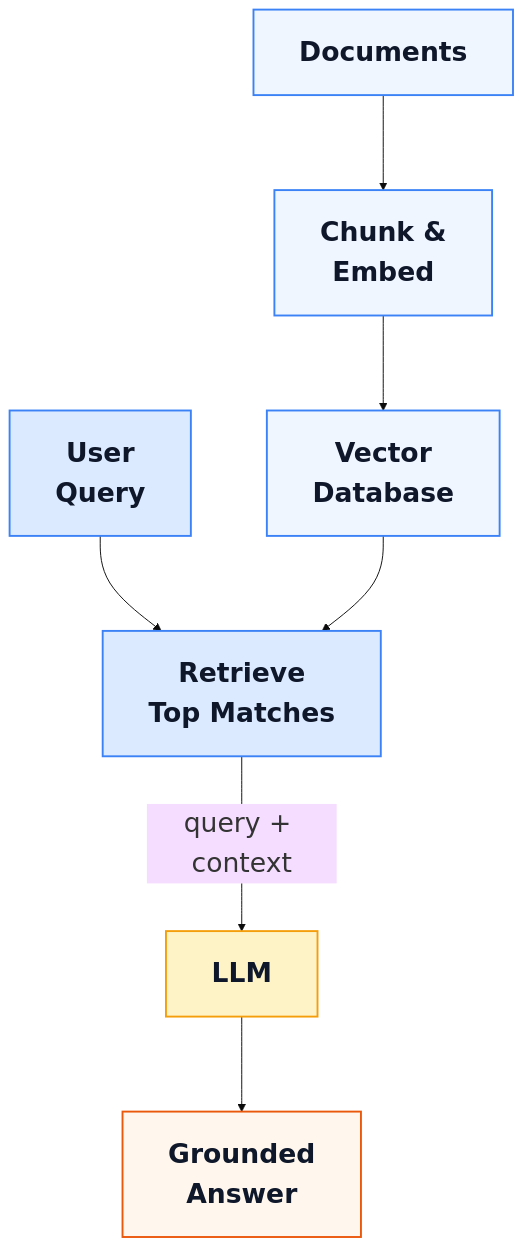
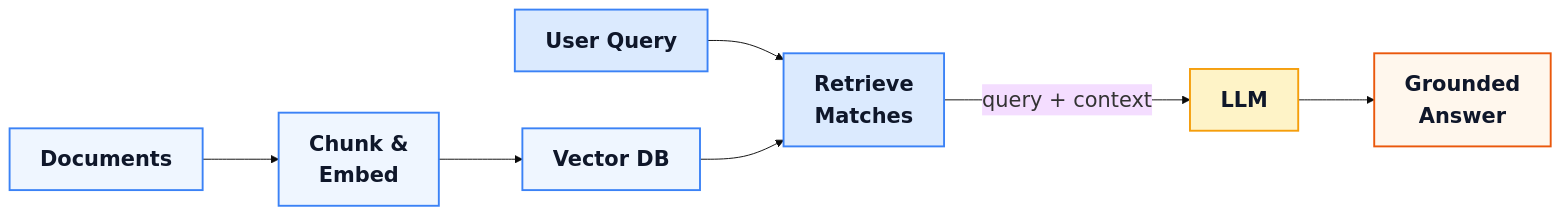
The second of 2 diagrams in slides/m10-rag.qmd (kerryback/mgmt675), drawn with Mermaid before and after one commit. The commit also changed other lines of this file and 18 other files, not shown here.

````diff
--- a/slides/m10-rag.qmd
+++ b/slides/m10-rag.qmd
@@ -55,19 +53,19 @@
 ```{mermaid}
 %%| fig-width: 16
-%%{init: {'theme': 'base', 'themeVariables': {'fontSize': '28px'}, 'flowchart': {'nodeSpacing': 80, 'rankSpacing': 100, 'padding': 24, 'useMaxWidth': true}}}%%
-flowchart TD
+%%{init: {'theme': 'base', 'themeVariables': {'fontSize': '22px'}, 'flowchart': {'nodeSpacing': 60, 'rankSpacing': 80, 'padding': 16, 'useMaxWidth': true}}}%%
+flowchart LR
   D["<b>Documents</b>"] --> CE["<b>Chunk &<br>Embed</b>"]
-  CE --> VDB["<b>Vector<br>Database</b>"]
-  UQ["<b>User<br>Query</b>"] --> R["<b>Retrieve<br>Top Matches</b>"]
+  CE --> VDB["<b>Vector DB</b>"]
+  UQ["<b>User Query</b>"] --> R["<b>Retrieve<br>Matches</b>"]
   VDB --> R
   R -->|"query + context"| LLM["<b>LLM</b>"]
   LLM --> A["<b>Grounded<br>Answer</b>"]
 
-  style D fill:#eff6ff,stroke:#3b82f6,stroke-width:2px,color:#0f172a,font-size:28px,padding:20px
-  style CE fill:#eff6ff,stroke:#3b82f6,stroke-width:2px,color:#0f172a,font-size:28px,padding:20px
-  style VDB fill:#eff6ff,stroke:#3b82f6,stroke-width:2px,color:#0f172a,font-size:28px,padding:20px
-  style UQ fill:#dbeafe,stroke:#3b82f6,stroke-width:2px,color:#0f172a,font-size:28px,padding:20px
-  style R fill:#dbeafe,stroke:#3b82f6,stroke-width:2px,color:#0f172a,font-size:28px,padding:20px
-  style LLM fill:#fef3c7,stroke:#f59e0b,stroke-width:2px,color:#0f172a,font-size:28px,padding:20px
-  style A fill:#fff7ed,stroke:#ea580c,stroke-width:2px,color:#0f172a,font-size:28px,padding:20px
+  style D fill:#eff6ff,stroke:#3b82f6,stroke-width:2px,color:#0f172a,font-size:22px,padding:14px
+  style CE fill:#eff6ff,stroke:#3b82f6,stroke-width:2px,color:#0f172a,font-size:22px,padding:14px
+  style VDB fill:#eff6ff,stroke:#3b82f6,stroke-width:2px,color:#0f172a,font-size:22px,padding:14px
+  style UQ fill:#dbeafe,stroke:#3b82f6,stroke-width:2px,color:#0f172a,font-size:22px,padding:14px
+  style R fill:#dbeafe,stroke:#3b82f6,stroke-width:2px,color:#0f172a,font-size:22px,padding:14px
+  style LLM fill:#fef3c7,stroke:#f59e0b,stroke-width:2px,color:#0f172a,font-size:22px,padding:14px
+  style A fill:#fff7ed,stroke:#ea580c,stroke-width:2px,color:#0f172a,font-size:22px,padding:14px
 ```
````
